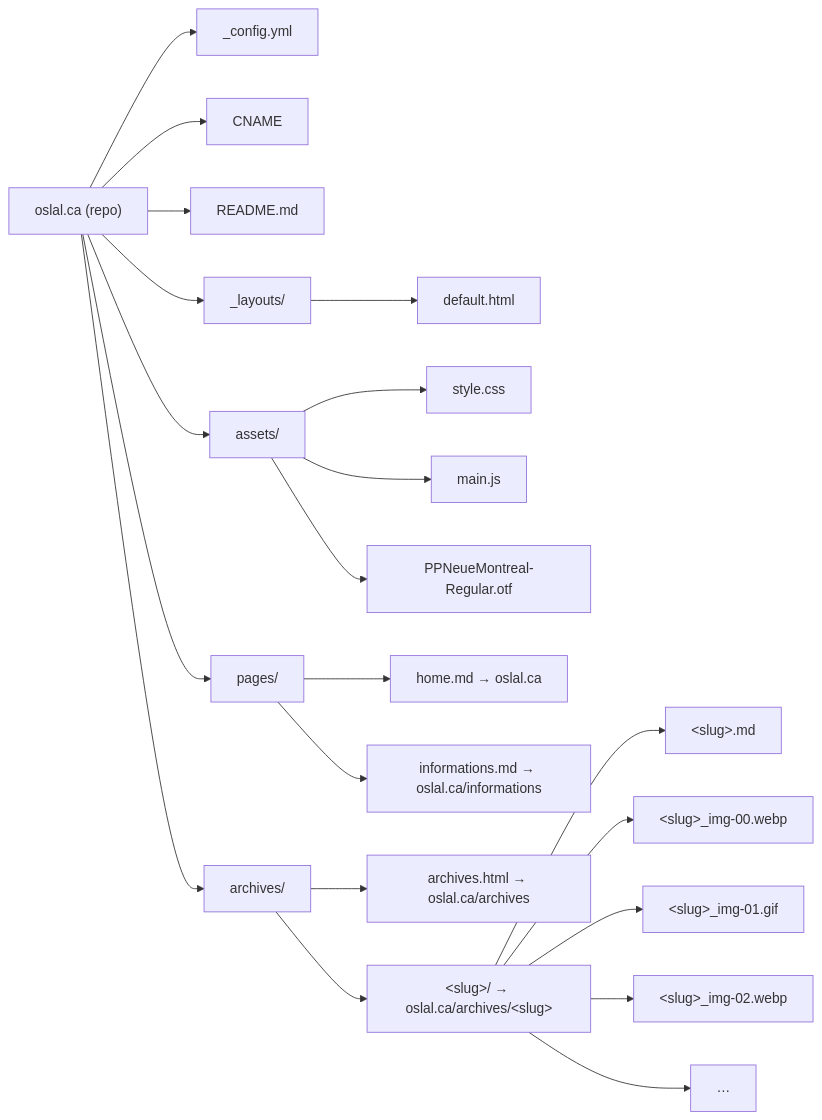
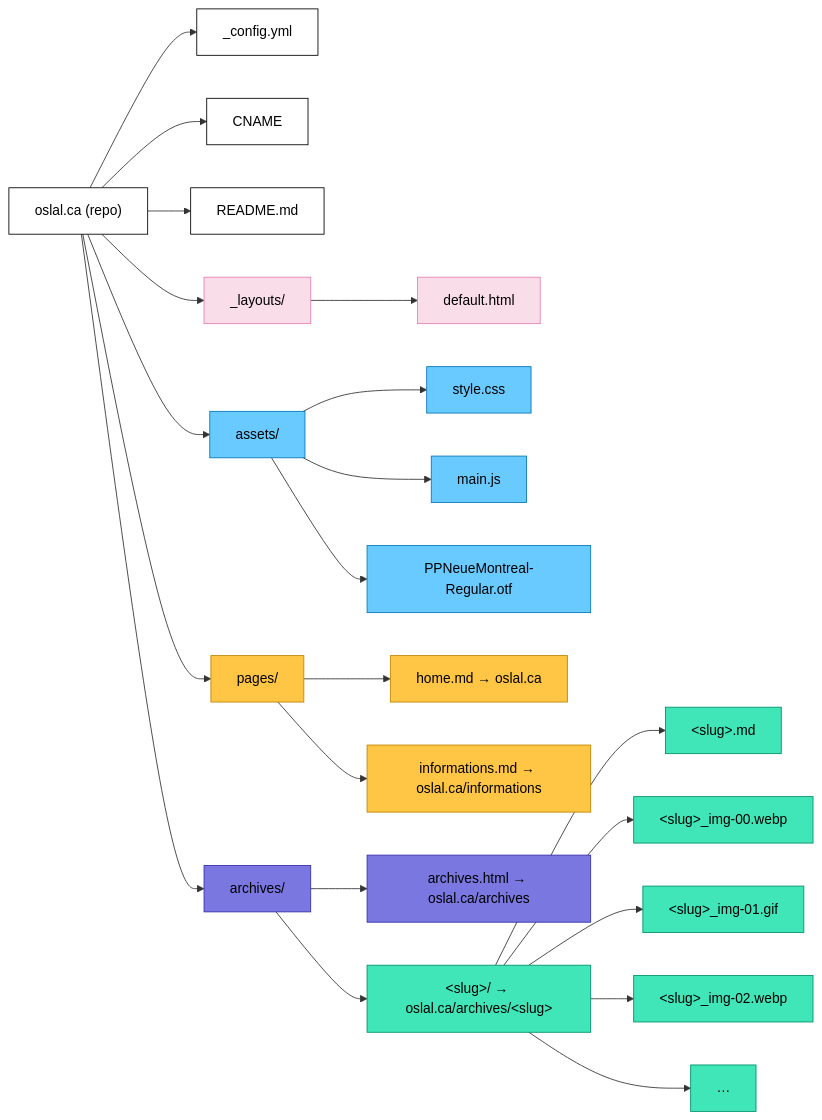
The diagram in README.md (oslal/oslal.ca), drawn with Mermaid before and after one commit.

Commit message:
readme update

````diff
--- a/README.md
+++ b/README.md
@@ -3,30 +1,44 @@
 ```mermaid
 graph LR
   root["oslal.ca (repo)"]
 
   root --> config["_config.yml"]
   root --> cname["CNAME"]
   root --> readme["README.md"]
   root --> layouts["_layouts/"]
   root --> assets["assets/"]
   root --> pages["pages/"]
   root --> archives["archives/"]
 
   layouts --> default["default.html"]
 
   assets --> css["style.css"]
   assets --> js["main.js"]
   assets --> font["PPNeueMontreal-Regular.otf"]
 
   pages --> home["home.md → oslal.ca"]
   pages --> info["informations.md → oslal.ca/informations"]
 
   archives --> list["archives.html → oslal.ca/archives"]
   archives --> slug["&lt;slug&gt;/ → oslal.ca/archives/&lt;slug&gt;"]
 
   slug --> md["&lt;slug&gt;.md"]
   slug --> img0["&lt;slug&gt;_img-00.webp"]
   slug --> img1["&lt;slug&gt;_img-01.gif"]
   slug --> img2["&lt;slug&gt;_img-02.webp"]
   slug --> more["…"]
+
+  classDef root     fill:#ffffff,stroke:#000000,color:#000000
+  classDef assets   fill:#69caff,stroke:#0578b6,color:#000000
+  classDef archives fill:#7a77e0,stroke:#3430ab,color:#000000
+  classDef slug     fill:#40e5b8,stroke:#009169,color:#000000
+  classDef pages    fill:#ffc545,stroke:#bf8400,color:#000000
+  classDef layouts  fill:#f9dde9,stroke:#e680b1,color:#000000
+
+  class root,config,cname,readme root
+  class assets,css,js,font assets
+  class archives,list archives
+  class slug,md,img0,img1,img2,more slug
+  class pages,home,info pages
+  class layouts,default layouts
 ```
````
